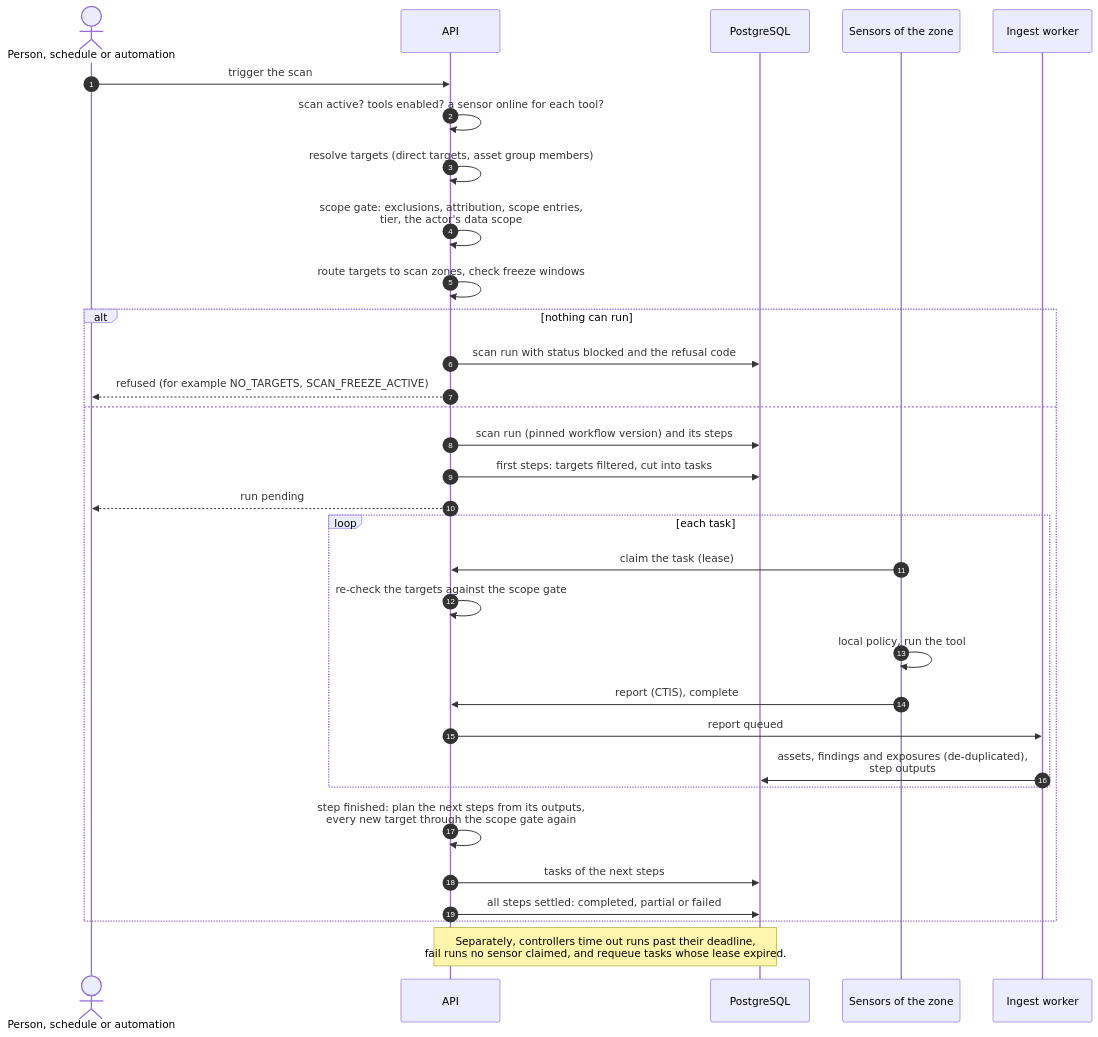
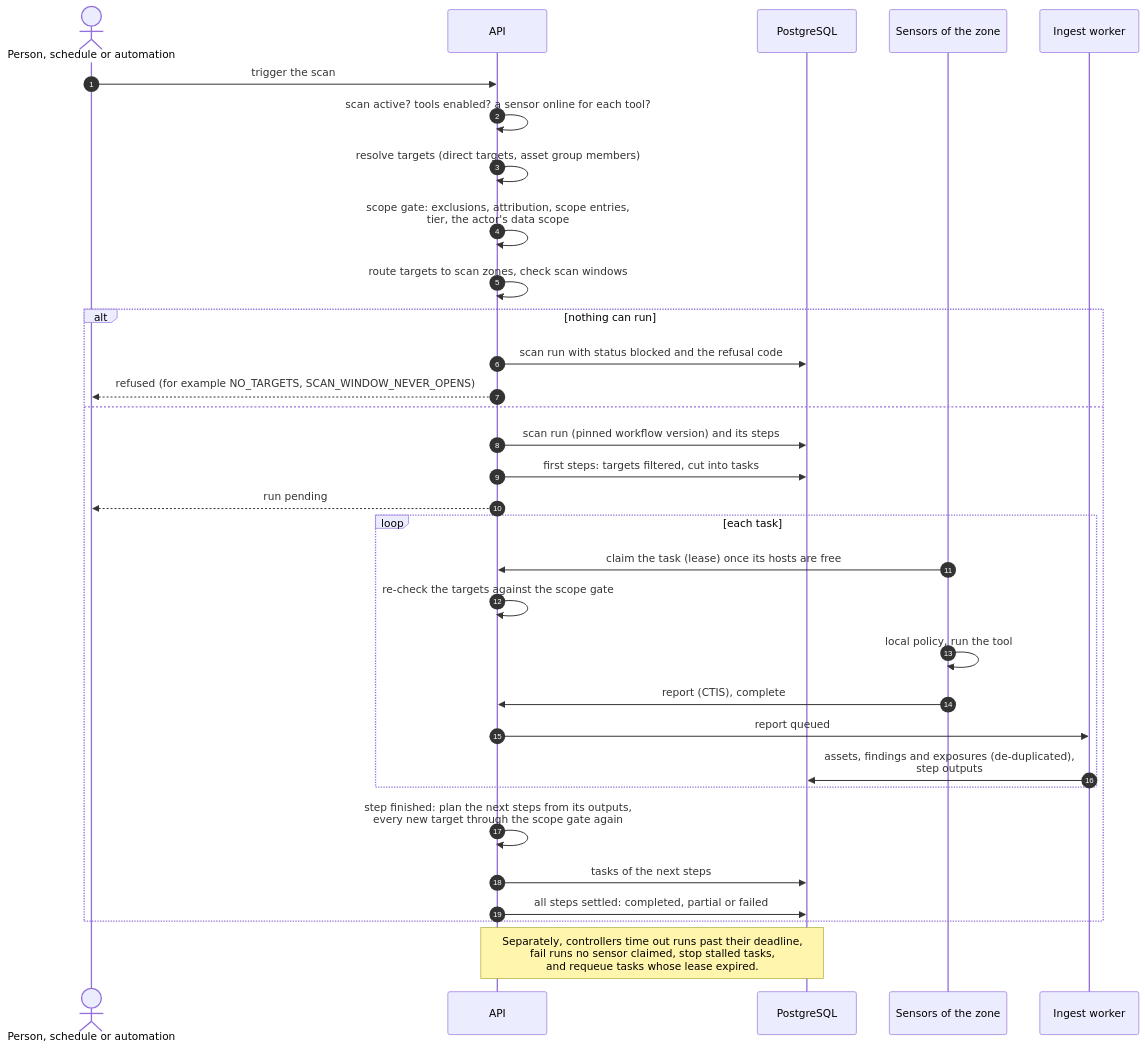
Before and after one commit to openctemio/docs: the second of 2 diagrams in scanning/scans-and-runs.md, drawn with Mermaid. The commit also changed other lines of this file and 9 other files, not shown here.

First line of the commit message:
docs(scanning): scans, runs and tasks as they ship; why a task waits

````diff
--- a/scanning/scans-and-runs.md
+++ b/scanning/scans-and-runs.md
@@ -87,34 +114,34 @@
 ```mermaid
 sequenceDiagram
     autonumber
     actor U as Person, schedule or automation
     participant API as API
     participant DB as PostgreSQL
     participant S as Sensors of the zone
     participant W as Ingest worker
     U->>API: trigger the scan
     API->>API: scan active? tools enabled? a sensor online for each tool?
     API->>API: resolve targets (direct targets, asset group members)
     API->>API: scope gate: exclusions, attribution, scope entries,<br/>tier, the actor's data scope
-    API->>API: route targets to scan zones, check freeze windows
+    API->>API: route targets to scan zones, check scan windows
     alt nothing can run
         API->>DB: scan run with status blocked and the refusal code
-        API-->>U: refused (for example NO_TARGETS, SCAN_FREEZE_ACTIVE)
+        API-->>U: refused (for example NO_TARGETS, SCAN_WINDOW_NEVER_OPENS)
     else
         API->>DB: scan run (pinned workflow version) and its steps
         API->>DB: first steps: targets filtered, cut into tasks
         API-->>U: run pending
         loop each task
-            S->>API: claim the task (lease)
+            S->>API: claim the task (lease) once its hosts are free
             API->>API: re-check the targets against the scope gate
             S->>S: local policy, run the tool
             S->>API: report (CTIS), complete
             API->>W: report queued
             W->>DB: assets, findings and exposures (de-duplicated),<br/>step outputs
         end
         API->>API: step finished: plan the next steps from its outputs,<br/>every new target through the scope gate again
         API->>DB: tasks of the next steps
         API->>DB: all steps settled: completed, partial or failed
     end
-    Note over API,DB: Separately, controllers time out runs past their deadline,<br/>fail runs no sensor claimed, and requeue tasks whose lease expired.
+    Note over API,DB: Separately, controllers time out runs past their deadline,<br/>fail runs no sensor claimed, stop stalled tasks,<br/>and requeue tasks whose lease expired.
 ```
````
